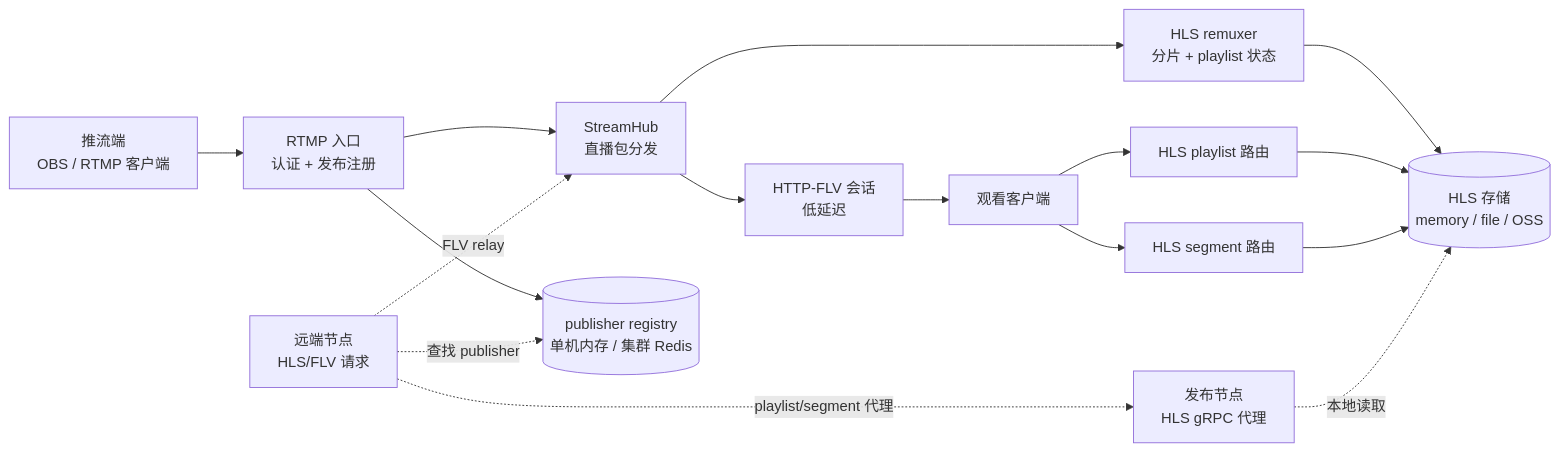
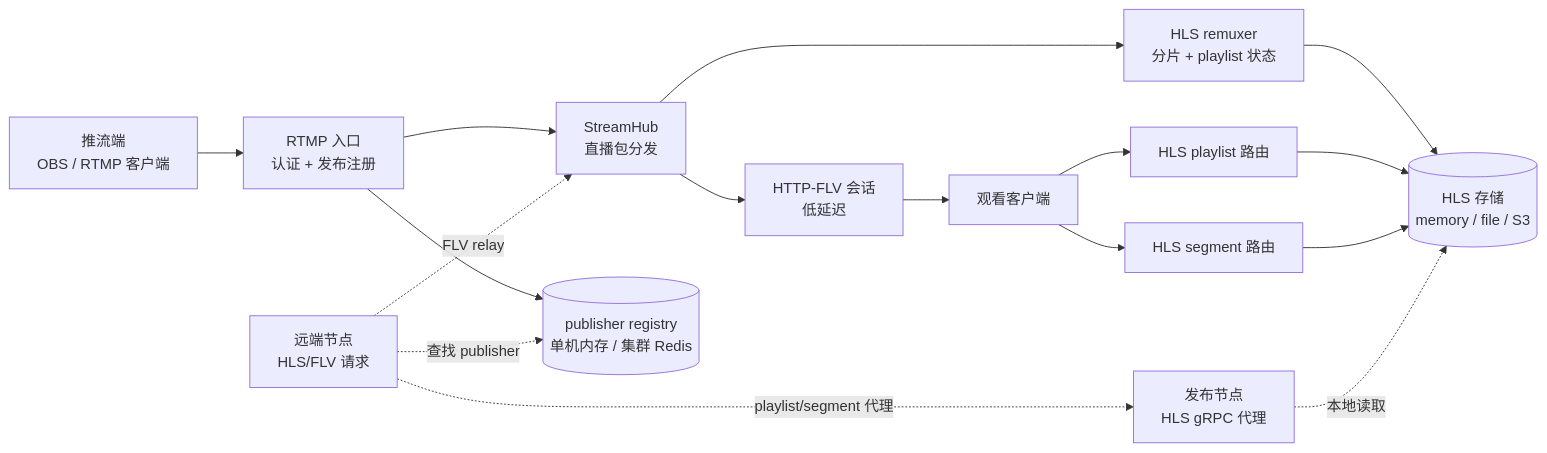
Before and after one commit to synctv-org/synctv: the diagram in docs/src/diagrams/livestream-pipeline-zh.mmd, drawn with Mermaid. The commit also changed 162 other files, not shown here.

```diff
--- a/docs/src/diagrams/livestream-pipeline-zh.mmd
+++ b/docs/src/diagrams/livestream-pipeline-zh.mmd
@@ -1,24 +1,24 @@
 flowchart LR
   Publisher[推流端<br/>OBS / RTMP 客户端]
   RTMP[RTMP 入口<br/>认证 + 发布注册]
   Hub[StreamHub<br/>直播包分发]
   FLV[HTTP-FLV 会话<br/>低延迟]
   Remux[HLS remuxer<br/>分片 + playlist 状态]
-  Storage[(HLS 存储<br/>memory / file / OSS)]
+  Storage[(HLS 存储<br/>memory / file / S3)]
   Playlist[HLS playlist 路由]
   Segment[HLS segment 路由]
   Viewer[观看客户端]
   Registry[(publisher registry<br/>单机内存 / 集群 Redis)]
   Remote[远端节点<br/>HLS/FLV 请求]
   HLSProxy[发布节点<br/>HLS gRPC 代理]
 
   Publisher --> RTMP --> Hub
   RTMP --> Registry
   Hub --> FLV --> Viewer
   Hub --> Remux --> Storage
   Viewer --> Playlist --> Storage
   Viewer --> Segment --> Storage
   Remote -. 查找 publisher .-> Registry
   Remote -. FLV relay .-> Hub
   Remote -. playlist/segment 代理 .-> HLSProxy
   HLSProxy -. 本地读取 .-> Storage
```
